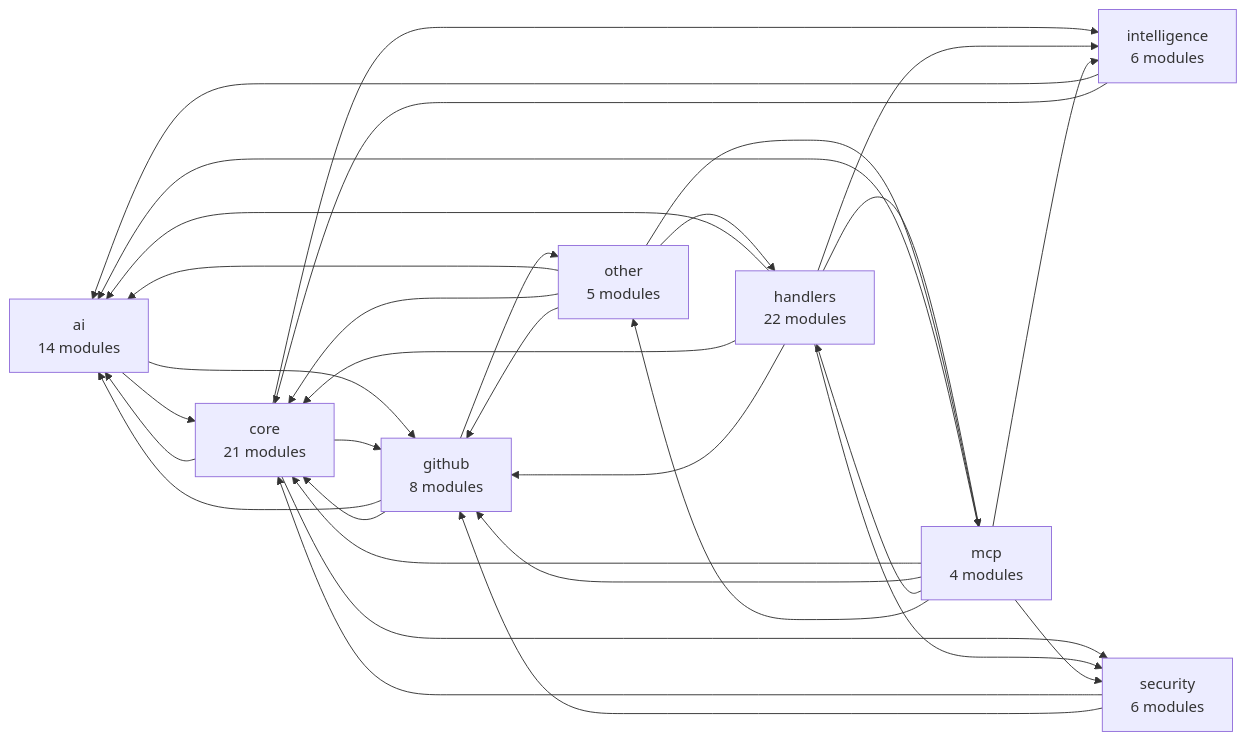
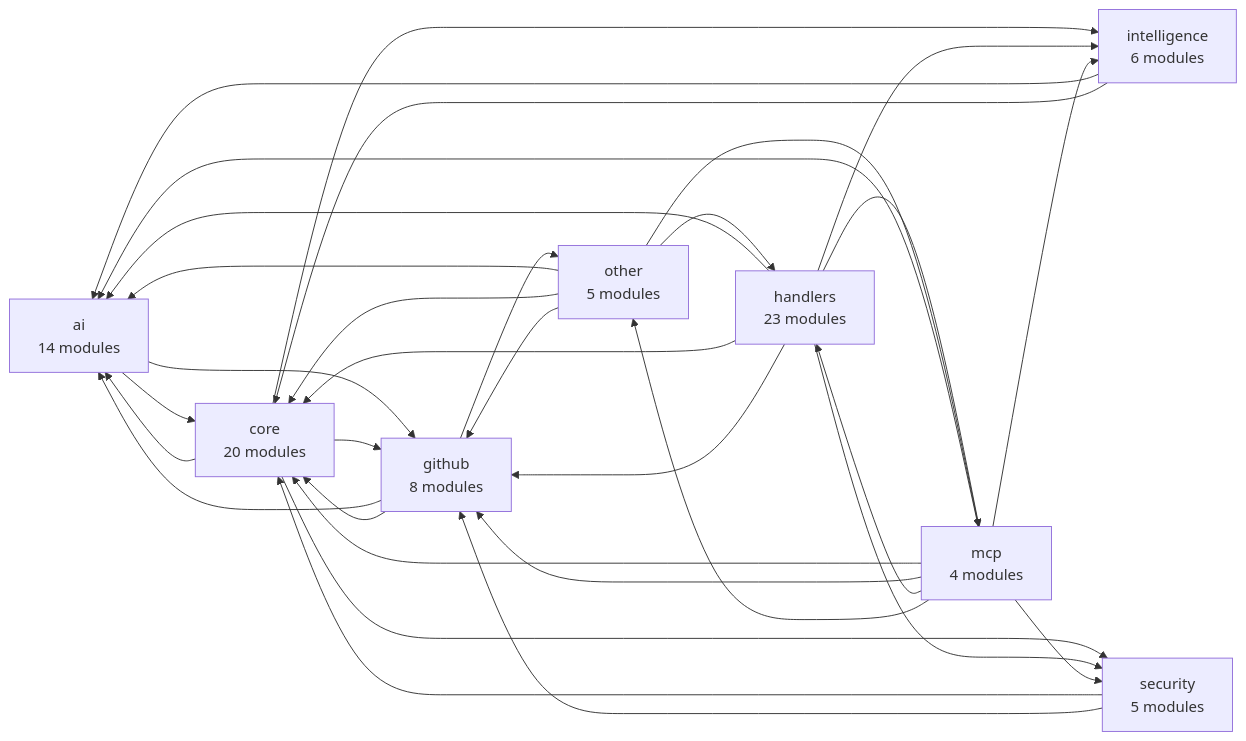
Before and after one commit to Shweta-Mishra-ai/github-autopilot: the second of 2 diagrams in README.md, drawn with Mermaid. The commit also changed other lines of this file and 34 other files, not shown here.

````diff
--- a/README.md
+++ b/README.md
@@ -202,42 +202,42 @@
 ```mermaid
 graph LR
     ai["ai<br/>14 modules"]
-    core["core<br/>21 modules"]
+    core["core<br/>20 modules"]
     github["github<br/>8 modules"]
-    handlers["handlers<br/>22 modules"]
+    handlers["handlers<br/>23 modules"]
     intelligence["intelligence<br/>6 modules"]
     mcp["mcp<br/>4 modules"]
     other["other<br/>5 modules"]
-    security["security<br/>6 modules"]
+    security["security<br/>5 modules"]
     ai --> core
     ai --> github
     core --> ai
     core --> github
     core --> intelligence
     core --> security
     github --> ai
     github --> core
     github --> other
     handlers --> ai
     handlers --> core
     handlers --> github
     handlers --> intelligence
     handlers --> mcp
     handlers --> security
     intelligence --> ai
     intelligence --> core
     mcp --> ai
     mcp --> core
     mcp --> github
     mcp --> handlers
     mcp --> intelligence
     mcp --> other
     mcp --> security
     other --> ai
     other --> core
     other --> github
     other --> handlers
     other --> mcp
     security --> core
     security --> github
 ```
````
